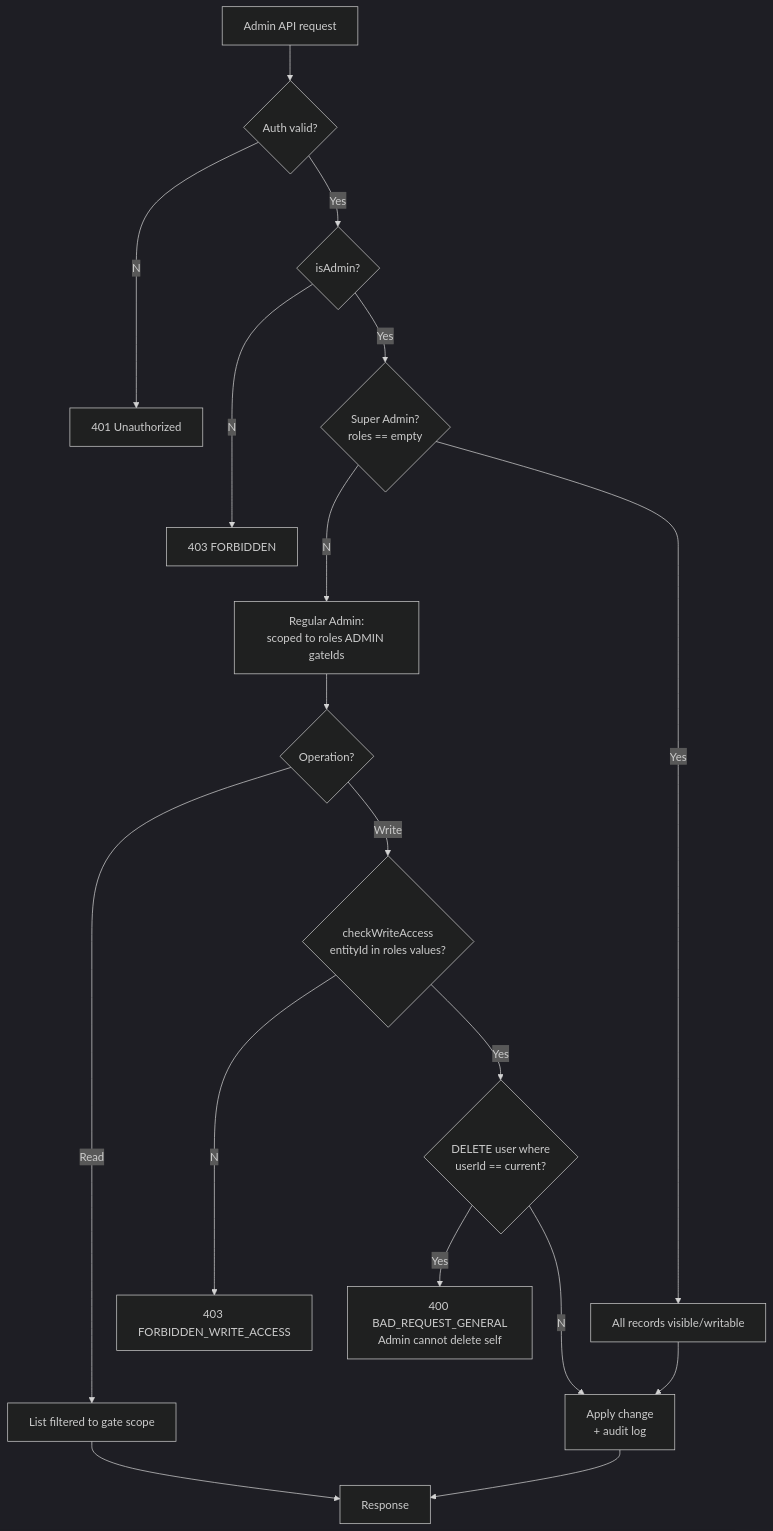
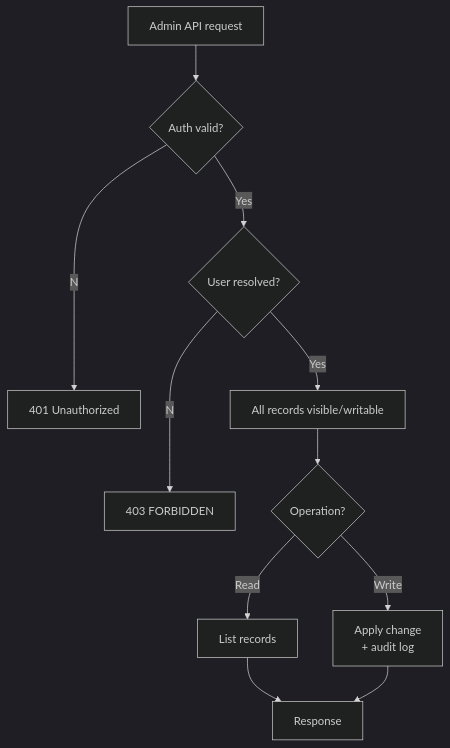
Before and after one commit to kemit-ee/efti-gate-ee: the fourth of 4 diagrams in docs/specs/permissions-matrix.md, drawn with Mermaid (dark theme). The commit also changed other lines of this file and 32 other files, not shown here.

First line of the commit message:
remove from users entity: email, is_admin, roles, subsets

````diff
--- a/docs/specs/permissions-matrix.md
+++ b/docs/specs/permissions-matrix.md
@@ -190,20 +182,13 @@
 ```mermaid
 flowchart TD
     REQ[Admin API request] --> A{Auth valid?}
     A --No--> R401[401 Unauthorized]
-    A --Yes--> SA{isAdmin?}
+    A --Yes--> SA{User resolved?}
     SA --No--> R403[403 FORBIDDEN]
-    SA --Yes--> SUPER{"Super Admin?<br/>roles == empty"}
-    SUPER --Yes--> ALL[All records visible/writable]
-    SUPER --No--> SCOPE[Regular Admin:<br/>scoped to roles ADMIN gateIds]
-    SCOPE --> OP{Operation?}
-    OP -->|Read| FILTER[List filtered to gate scope]
-    OP -->|Write| WC{checkWriteAccess<br/>entityId in roles values?}
-    WC --No--> R403W[403 FORBIDDEN_WRITE_ACCESS]
-    WC --Yes--> SELFD{DELETE user where<br/>userId == current?}
-    SELFD --Yes--> R400[400 BAD_REQUEST_GENERAL<br/>Admin cannot delete self]
-    SELFD --No--> APPLY[Apply change<br/>+ audit log]
-    ALL --> APPLY
+    SA --Yes--> ALL[All records visible/writable]
+    ALL --> OP{Operation?}
+    OP -->|Read| FILTER[List records]
+    OP -->|Write| APPLY[Apply change<br/>+ audit log]
     FILTER --> RESP[Response]
     APPLY --> RESP
 ```
````
